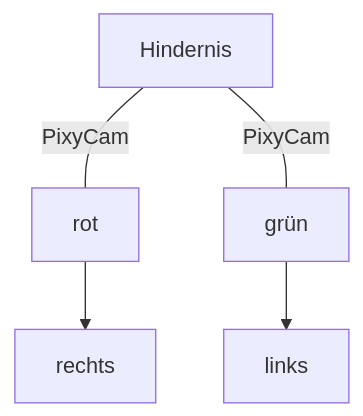
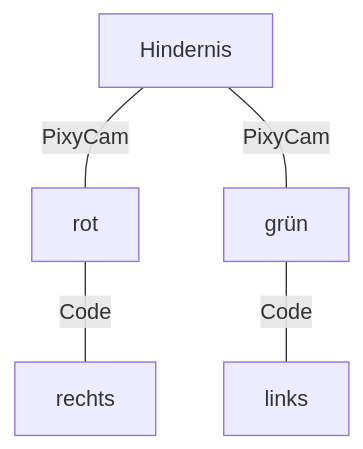
One commit to SchroedingersBit/PfortGTPanama changed the diagram in Programme/Hindernisrennen/README.md. Above: the diagram before and after it, drawn with Mermaid.

````diff
--- a/Programme/Hindernisrennen/README.md
+++ b/Programme/Hindernisrennen/README.md
@@ -4,4 +4,4 @@
 ```mermaid
-graph TB;Hindernis ---|PixyCam| rot-->rechts;
-Hindernis---|PixyCam| grün-->links
+graph TB;Hindernis ---|PixyCam| rot--Code---rechts;
+Hindernis---|PixyCam| grün--Code---links
 ```
````
